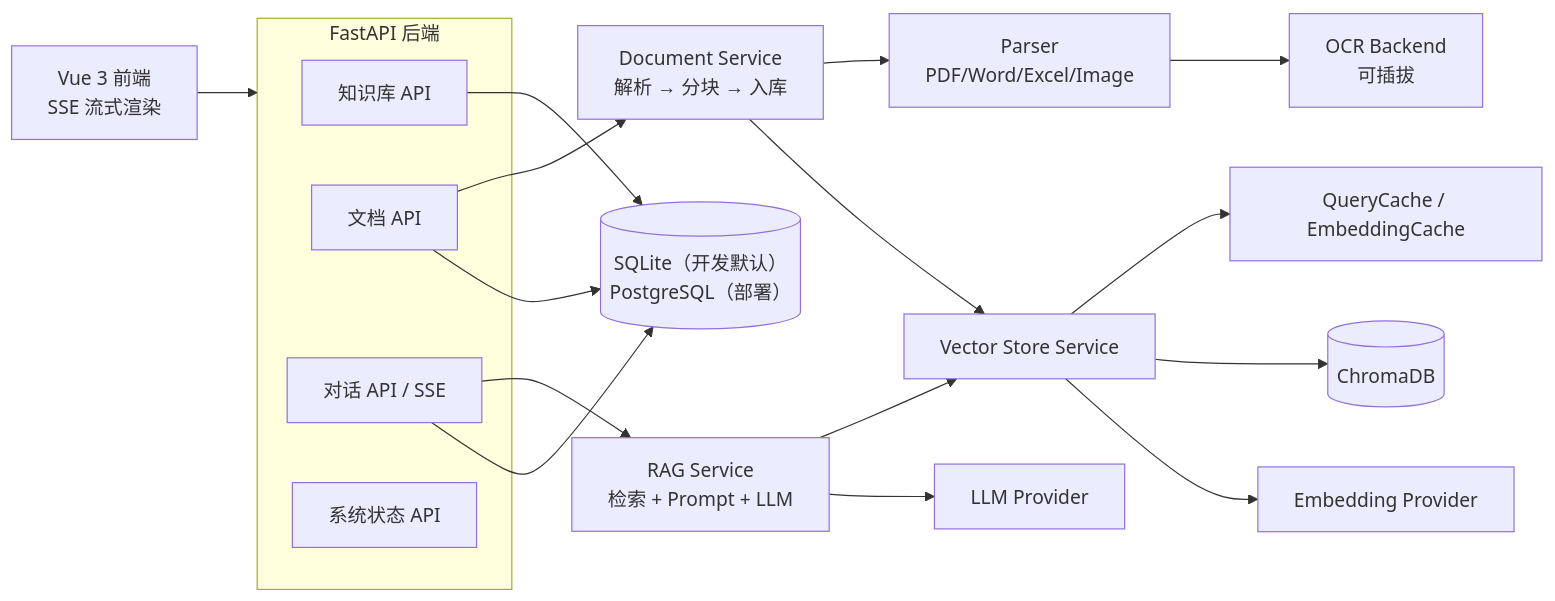
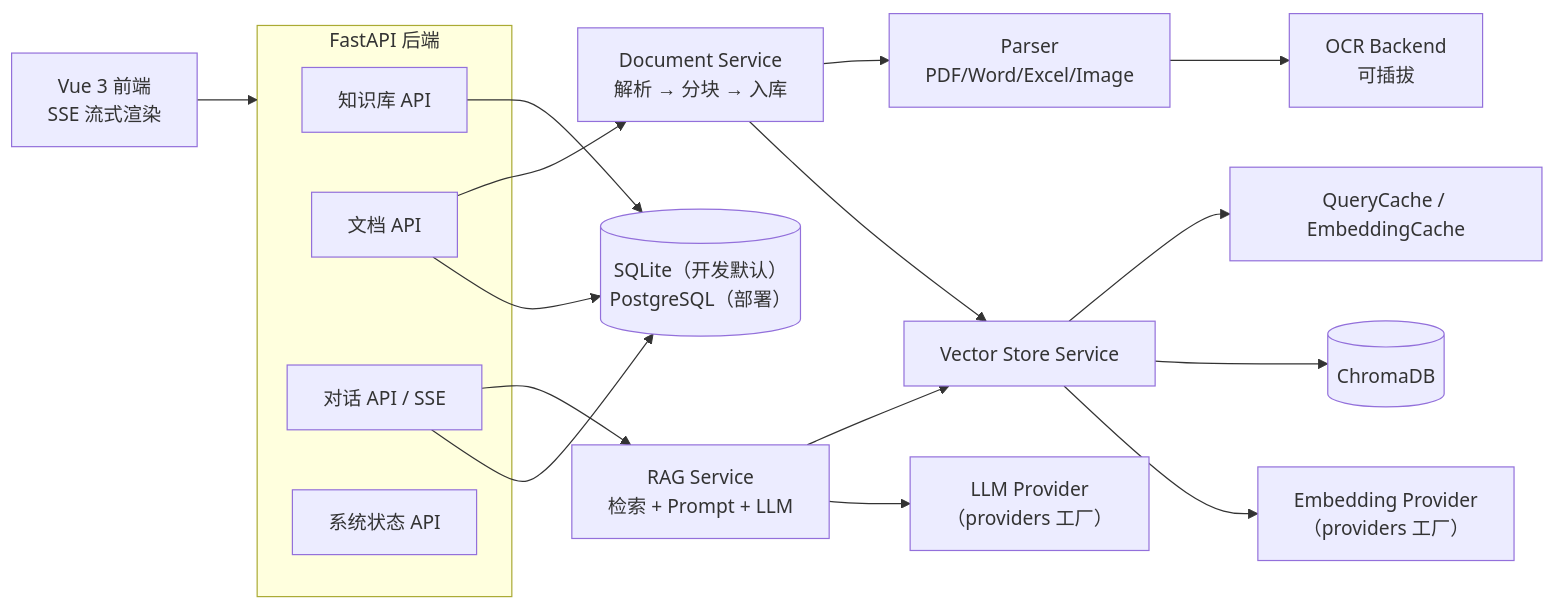
One commit to jackieismpc/inner-rag changed the diagram in README.md. Above: the diagram before and after it, drawn with Mermaid. The commit also changed other lines of this file and 2 other files, not shown here.

First line of the commit message:
docs: README 改写为产品视角，补充 provider 配置与路线图

````diff
--- a/README.md
+++ b/README.md
@@ -57,23 +44,23 @@
 ```mermaid
 flowchart LR
     FE["Vue 3 前端<br/>SSE 流式渲染"] --> API
     subgraph API["FastAPI 后端"]
         KB["知识库 API"]
         DOC["文档 API"]
         CHAT["对话 API / SSE"]
         SYS["系统状态 API"]
     end
     CHAT --> RAG["RAG Service<br/>检索 + Prompt + LLM"]
     DOC --> DS["Document Service<br/>解析 → 分块 → 入库"]
     DS --> PARSE["Parser<br/>PDF/Word/Excel/Image"]
     PARSE --> OCR["OCR Backend<br/>可插拔"]
     DS --> VS["Vector Store Service"]
     RAG --> VS
     VS --> CACHE["QueryCache / EmbeddingCache"]
     VS --> CHROMA[("ChromaDB")]
-    VS --> EMB["Embedding Provider"]
-    RAG --> LLM["LLM Provider"]
+    VS --> EMB["Embedding Provider<br/>（providers 工厂）"]
+    RAG --> LLM["LLM Provider<br/>（providers 工厂）"]
     KB --> DB[("SQLite（开发默认）<br/>PostgreSQL（部署）")]
     DOC --> DB
     CHAT --> DB
 ```
````
